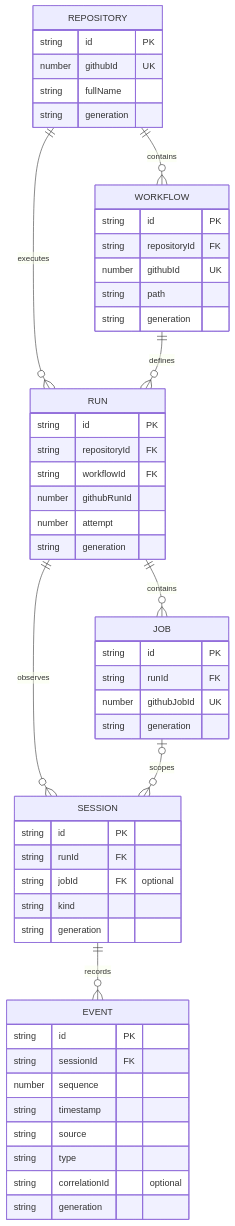
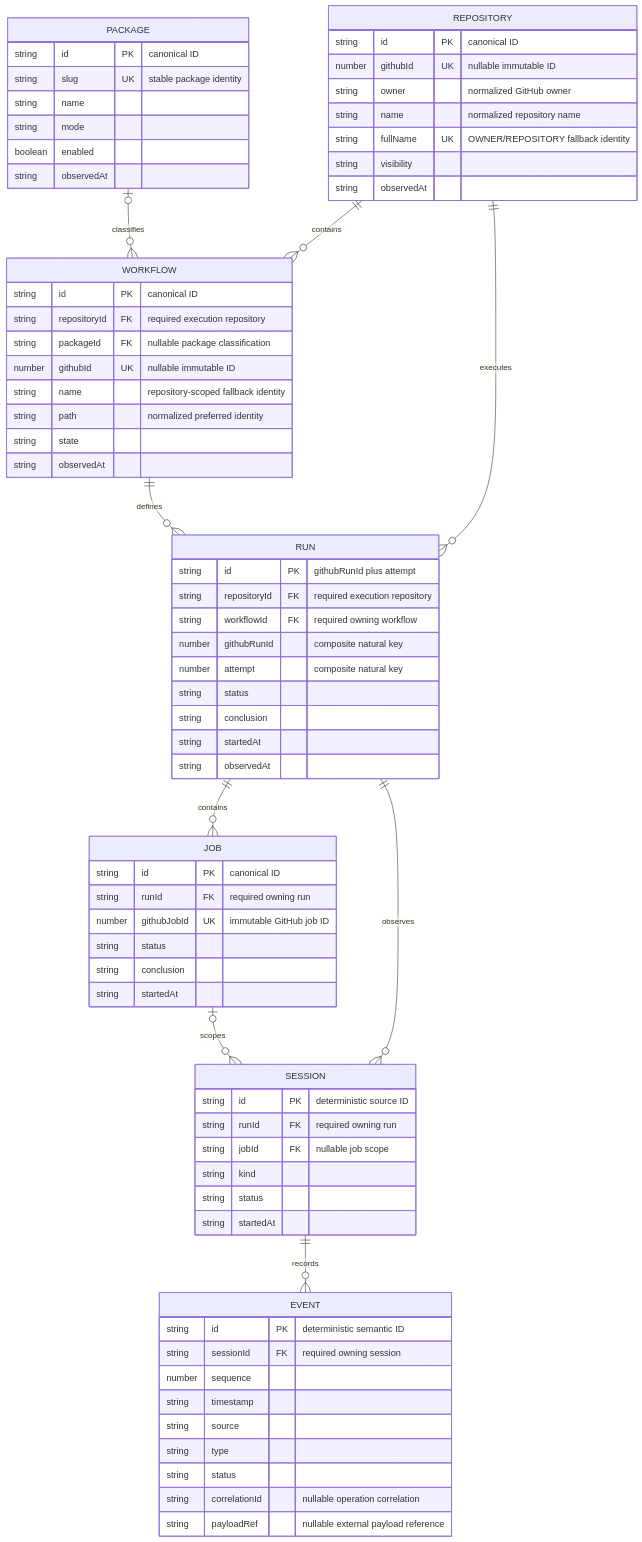
Before and after one commit to githubnext/gh-aw-cao: the second of 2 diagrams in specs/dashboard-data.md, drawn with Mermaid. The commit also changed other lines of this file and 9 other files, not shown here.

````diff
--- a/specs/dashboard-data.md
+++ b/specs/dashboard-data.md
@@ -315,55 +381,77 @@
 ```mermaid
 erDiagram
+  PACKAGE o|--o{ WORKFLOW : classifies
   REPOSITORY ||--o{ WORKFLOW : contains
   REPOSITORY ||--o{ RUN : executes
   WORKFLOW ||--o{ RUN : defines
   RUN ||--o{ JOB : contains
   RUN ||--o{ SESSION : observes
   JOB o|--o{ SESSION : scopes
   SESSION ||--o{ EVENT : records
 
+  PACKAGE {
+    string id PK "canonical ID"
+    string slug UK "stable package identity"
+    string name
+    string mode
+    boolean enabled
+    string observedAt
+  }
   REPOSITORY {
-    string id PK
-    number githubId UK
-    string fullName
-    string generation
+    string id PK "canonical ID"
+    number githubId UK "nullable immutable ID"
+    string owner "normalized GitHub owner"
+    string name "normalized repository name"
+    string fullName UK "OWNER/REPOSITORY fallback identity"
+    string visibility
+    string observedAt
   }
   WORKFLOW {
-    string id PK
-    string repositoryId FK
-    number githubId UK
-    string path
-    string generation
+    string id PK "canonical ID"
+    string repositoryId FK "required execution repository"
+    string packageId FK "nullable package classification"
+    number githubId UK "nullable immutable ID"
+    string name "repository-scoped fallback identity"
+    string path "normalized preferred identity"
+    string state
+    string observedAt
   }
   RUN {
-    string id PK
-    string repositoryId FK
-    string workflowId FK
-    number githubRunId
-    number attempt
-    string generation
+    string id PK "githubRunId plus attempt"
+    string repositoryId FK "required execution repository"
+    string workflowId FK "required owning workflow"
+    number githubRunId "composite natural key"
+    number attempt "composite natural key"
+    string status
+    string conclusion
+    string startedAt
+    string observedAt
   }
   JOB {
-    string id PK
-    string runId FK
-    number githubJobId UK
-    string generation
+    string id PK "canonical ID"
+    string runId FK "required owning run"
+    number githubJobId UK "immutable GitHub job ID"
+    string status
+    string conclusion
+    string startedAt
   }
   SESSION {
-    string id PK
-    string runId FK
-    string jobId FK "optional"
+    string id PK "deterministic source ID"
+    string runId FK "required owning run"
+    string jobId FK "nullable job scope"
     string kind
-    string generation
+    string status
+    string startedAt
   }
   EVENT {
-    string id PK
-    string sessionId FK
+    string id PK "deterministic semantic ID"
+    string sessionId FK "required owning session"
     number sequence
     string timestamp
     string source
     string type
-    string correlationId "optional"
-    string generation
+    string status
+    string correlationId "nullable operation correlation"
+    string payloadRef "nullable external payload reference"
   }
 ```
````
